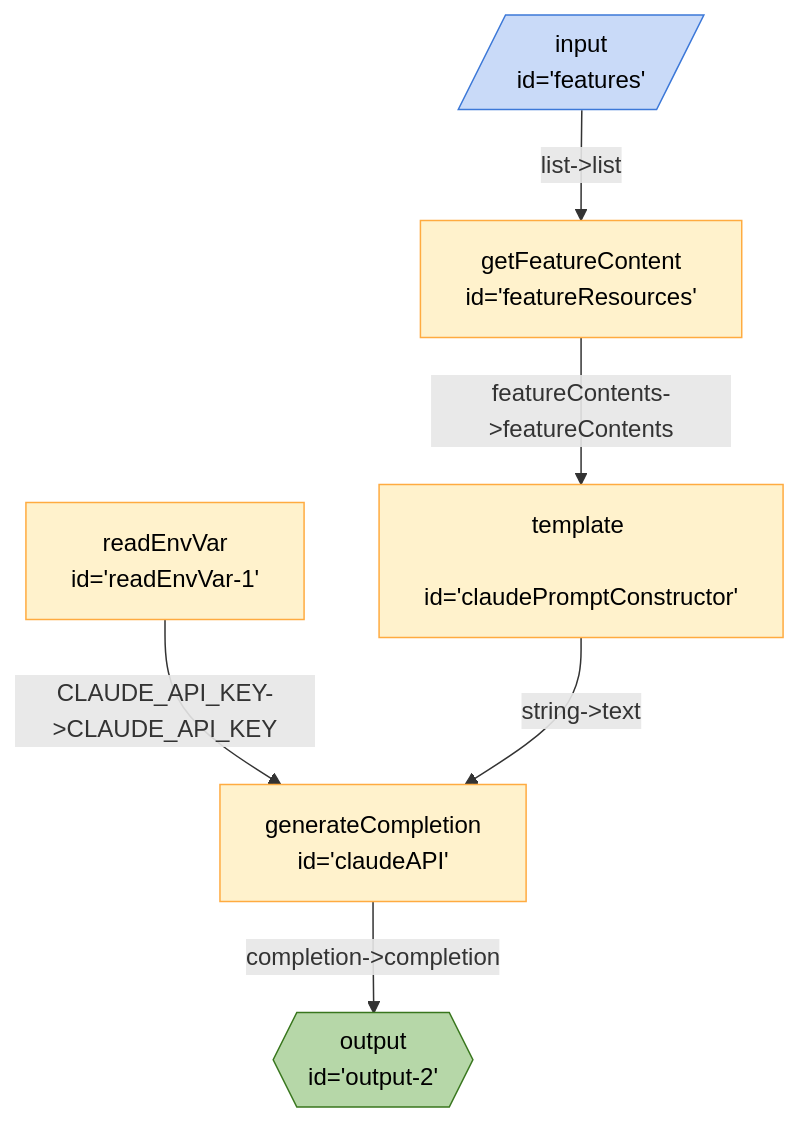
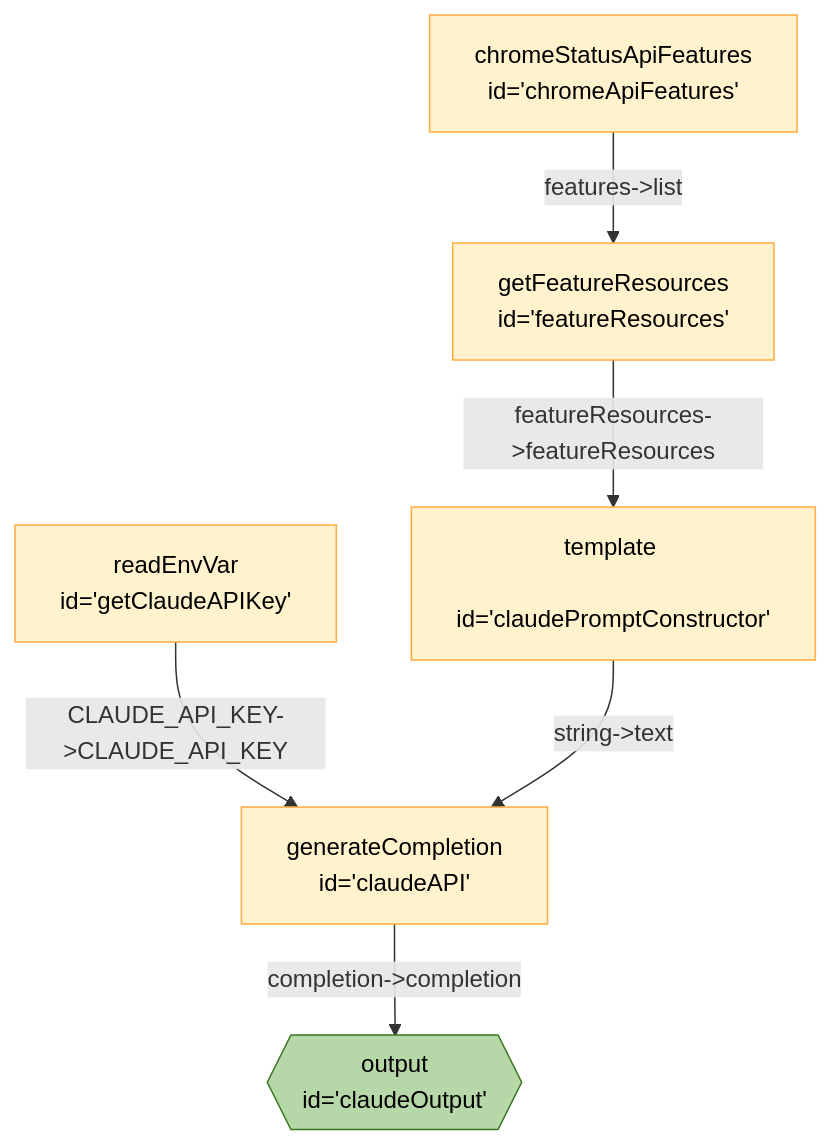
One commit to GoogleChromeLabs/breadboard-samples changed the diagram in samples/AutoBake/src/breadboard/AutobakeMermaid.md. Above: the diagram before and after it, drawn with Mermaid. The commit also changed other lines of this file and 7 other files, not shown here.

````diff
--- a/samples/AutoBake/src/breadboard/AutobakeMermaid.md
+++ b/samples/AutoBake/src/breadboard/AutobakeMermaid.md
@@ -3,17 +3,17 @@
 ```mermaid
 %%{init: 'themeVariables': { 'fontFamily': 'Fira Code, monospace' }}%%
 graph TD;
-features[/"input <br> id='features'"/]:::input -- "list->list" --> featureResources["getFeatureContent <br> id='featureResources'"]
-featureResources["getFeatureContent <br> id='featureResources'"] -- "featureContents->featureContents" --> claudePromptConstructor["template <br> id='claudePromptConstructor'"]
-readEnvVar1["readEnvVar <br> id='readEnvVar-1'"] -- "CLAUDE_API_KEY->CLAUDE_API_KEY" --> claudeAPI["generateCompletion <br> id='claudeAPI'"]
+chromeApiFeatures["chromeStatusApiFeatures <br> id='chromeApiFeatures'"] -- "features->list" --> featureResources["getFeatureResources <br> id='featureResources'"]
+featureResources["getFeatureResources <br> id='featureResources'"] -- "featureResources->featureResources" --> claudePromptConstructor["template <br> id='claudePromptConstructor'"]
+getClaudeAPIKey["readEnvVar <br> id='getClaudeAPIKey'"] -- "CLAUDE_API_KEY->CLAUDE_API_KEY" --> claudeAPI["generateCompletion <br> id='claudeAPI'"]
 claudePromptConstructor["template <br> id='claudePromptConstructor'"] -- "string->text" --> claudeAPI["generateCompletion <br> id='claudeAPI'"]
-claudeAPI["generateCompletion <br> id='claudeAPI'"] -- "completion->completion" --> output2{{"output <br> id='output-2'"}}:::output
+claudeAPI["generateCompletion <br> id='claudeAPI'"] -- "completion->completion" --> claudeOutput{{"output <br> id='claudeOutput'"}}:::output
 classDef default stroke:#ffab40,fill:#fff2ccff,color:#000
 classDef input stroke:#3c78d8,fill:#c9daf8ff,color:#000
 classDef output stroke:#38761d,fill:#b6d7a8ff,color:#000
 classDef passthrough stroke:#a64d79,fill:#ead1dcff,color:#000
 classDef slot stroke:#a64d79,fill:#ead1dcff,color:#000
 classDef config stroke:#a64d79,fill:#ead1dcff,color:#000
 classDef secrets stroke:#db4437,fill:#f4cccc,color:#000
 classDef slotted stroke:#a64d79
 ```
````
